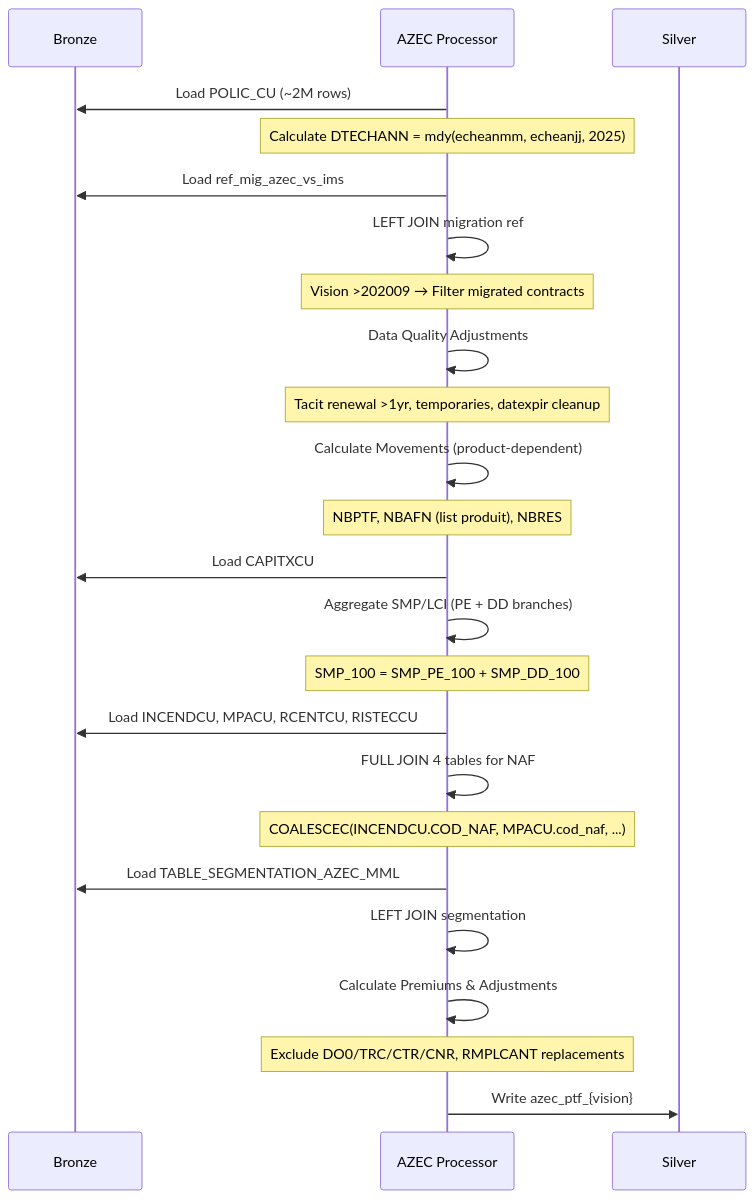
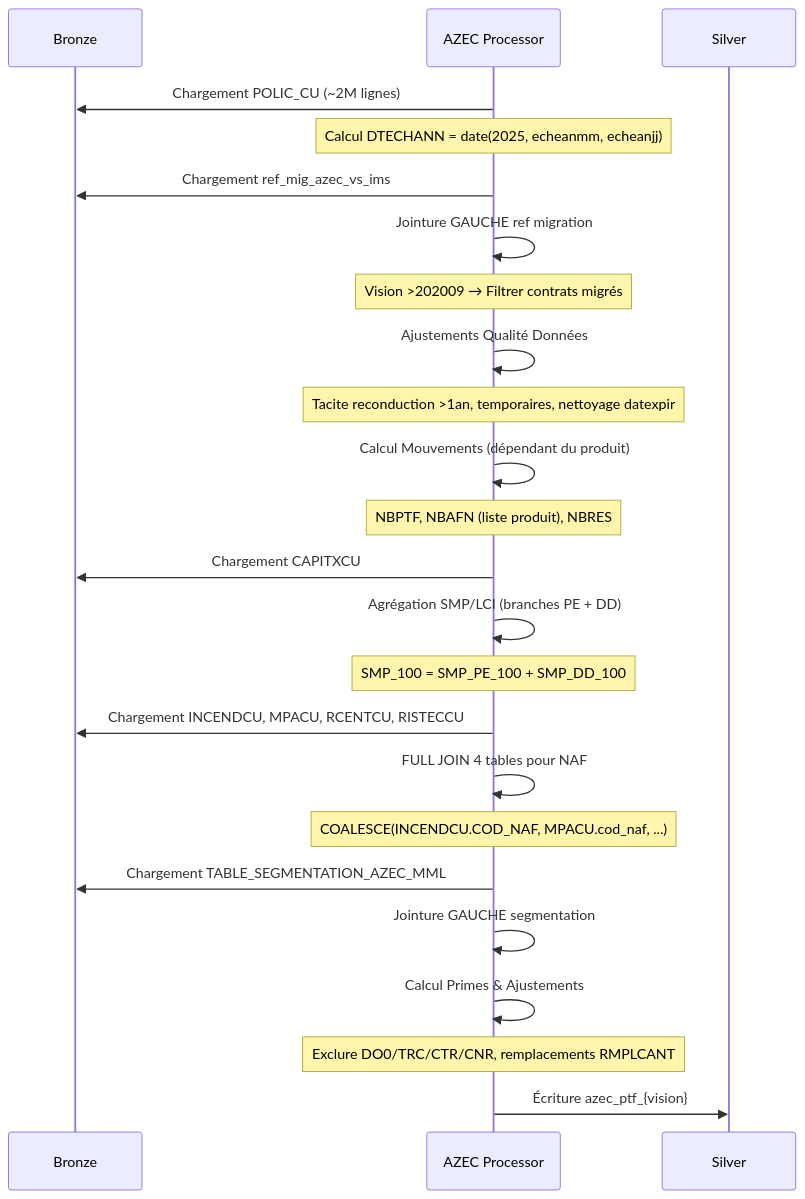
One commit to EngineerProjects/LocalIngest changed the second of 4 diagrams in code/new_python/docs/flux_donnees_pipelines.md. Above: the diagram before and after it, drawn with Mermaid. The commit also changed other lines of this file and 19 other files, not shown here.

````diff
--- a/code/new_python/docs/flux_donnees_pipelines.md
+++ b/code/new_python/docs/flux_donnees_pipelines.md
@@ -84,35 +84,35 @@
 ```mermaid
 sequenceDiagram
     participant B as Bronze
     participant AZECProc as AZEC Processor
     participant S as Silver
     
-    AZECProc->>B: Load POLIC_CU (~2M rows)
-    Note over AZECProc: Calculate DTECHANN = mdy(echeanmm, echeanjj, 2025)
+    AZECProc->>B: Chargement POLIC_CU (~2M lignes)
+    Note over AZECProc: Calcul DTECHANN = date(2025, echeanmm, echeanjj)
     
-    AZECProc->>B: Load ref_mig_azec_vs_ims
-    AZECProc->>AZECProc: LEFT JOIN migration ref
-    Note over AZECProc: Vision >202009 → Filter migrated contracts
+    AZECProc->>B: Chargement ref_mig_azec_vs_ims
+    AZECProc->>AZECProc: Jointure GAUCHE ref migration
+    Note over AZECProc: Vision >202009 → Filtrer contrats migrés
     
-    AZECProc->>AZECProc: Data Quality Adjustments
-    Note over AZECProc: Tacit renewal >1yr, temporaries, datexpir cleanup
+    AZECProc->>AZECProc: Ajustements Qualité Données
+    Note over AZECProc: Tacite reconduction >1an, temporaires, nettoyage datexpir
     
-    AZECProc->>AZECProc: Calculate Movements (product-dependent)
-    Note over AZECProc: NBPTF, NBAFN (list produit), NBRES
+    AZECProc->>AZECProc: Calcul Mouvements (dépendant du produit)
+    Note over AZECProc: NBPTF, NBAFN (liste produit), NBRES
     
-    AZECProc->>B: Load CAPITXCU
-    AZECProc->>AZECProc: Aggregate SMP/LCI (PE + DD branches)
+    AZECProc->>B: Chargement CAPITXCU
+    AZECProc->>AZECProc: Agrégation SMP/LCI (branches PE + DD)
     Note over AZECProc: SMP_100 = SMP_PE_100 + SMP_DD_100
     
-    AZECProc->>B: Load INCENDCU, MPACU, RCENTCU, RISTECCU
-    AZECProc->>AZECProc: FULL JOIN 4 tables for NAF
-    Note over AZECProc: COALESCEC(INCENDCU.COD_NAF, MPACU.cod_naf, ...)
+    AZECProc->>B: Chargement INCENDCU, MPACU, RCENTCU, RISTECCU
+    AZECProc->>AZECProc: FULL JOIN 4 tables pour NAF
+    Note over AZECProc: COALESCE(INCENDCU.COD_NAF, MPACU.cod_naf, ...)
     
-    AZECProc->>B: Load TABLE_SEGMENTATION_AZEC_MML
-    AZECProc->>AZECProc: LEFT JOIN segmentation
+    AZECProc->>B: Chargement TABLE_SEGMENTATION_AZEC_MML
+    AZECProc->>AZECProc: Jointure GAUCHE segmentation
     
-    AZECProc->>AZECProc: Calculate Premiums & Adjustments
-    Note over AZECProc: Exclude DO0/TRC/CTR/CNR, RMPLCANT replacements
+    AZECProc->>AZECProc: Calcul Primes & Ajustements
+    Note over AZECProc: Exclure DO0/TRC/CTR/CNR, remplacements RMPLCANT
     
-    AZECProc->>S: Write azec_ptf_{vision}
+    AZECProc->>S: Écriture azec_ptf_{vision}
 ```
````
